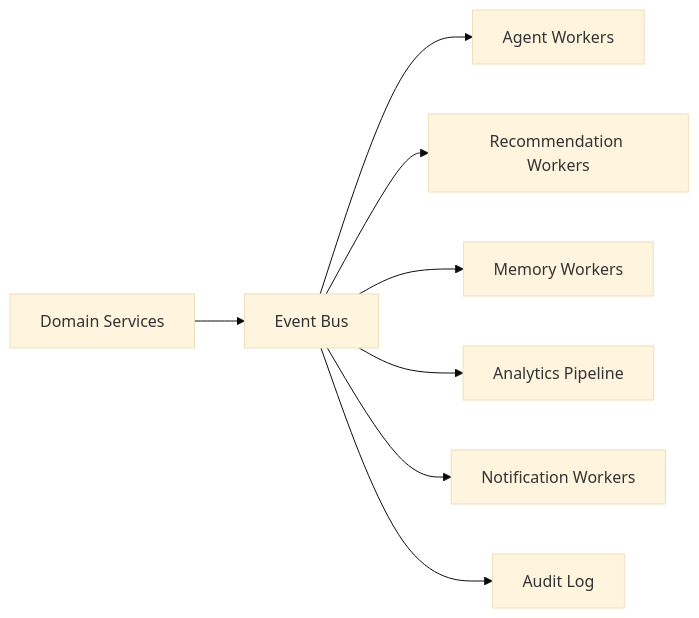
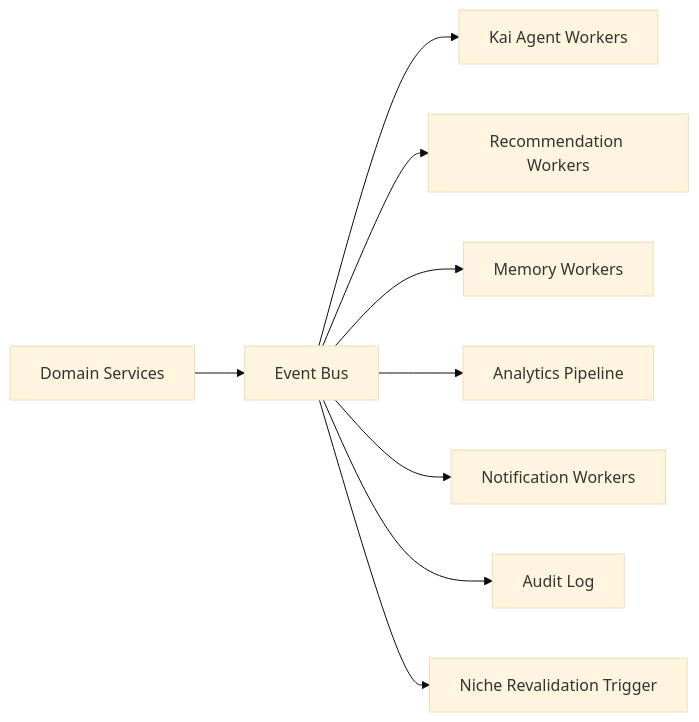
One commit to Mirzzie/Fadi changed the diagram in docs/EVENT_DRIVEN_ARCHITECTURE.md. Above: the diagram before and after it, drawn with Mermaid (base theme). The commit also changed other lines of this file and 65 other files, not shown here.

First line of the commit message:
docs: update architecture docs for Better Auth, Kai, and data sources

````diff
--- a/docs/EVENT_DRIVEN_ARCHITECTURE.md
+++ b/docs/EVENT_DRIVEN_ARCHITECTURE.md
@@ -18,10 +20,11 @@
 ```mermaid
 flowchart LR
     Services[Domain Services] --> Bus[Event Bus]
-    Bus --> Agent[Agent Workers]
+    Bus --> Agent[Kai Agent Workers]
     Bus --> Rec[Recommendation Workers]
     Bus --> Memory[Memory Workers]
     Bus --> Analytics[Analytics Pipeline]
     Bus --> Notify[Notification Workers]
     Bus --> Audit[Audit Log]
+    Bus --> NicheWatch[Niche Revalidation Trigger]
 ```
````
